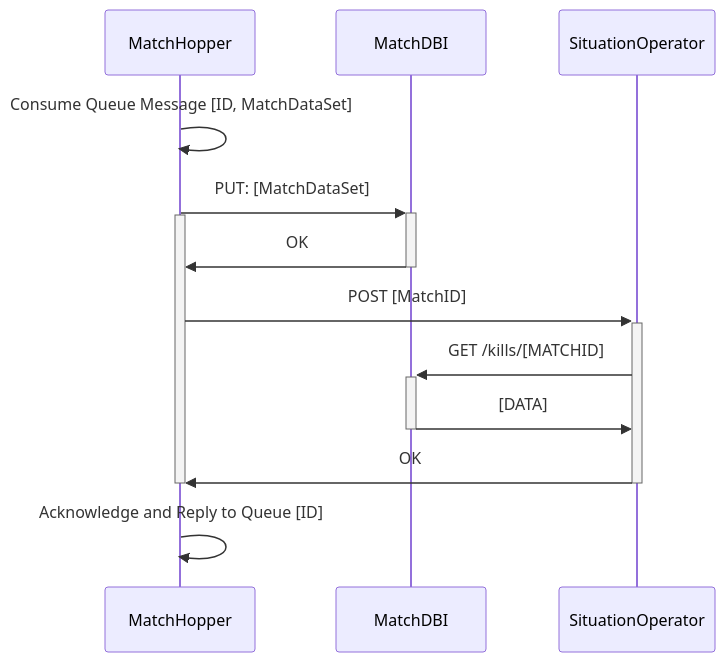
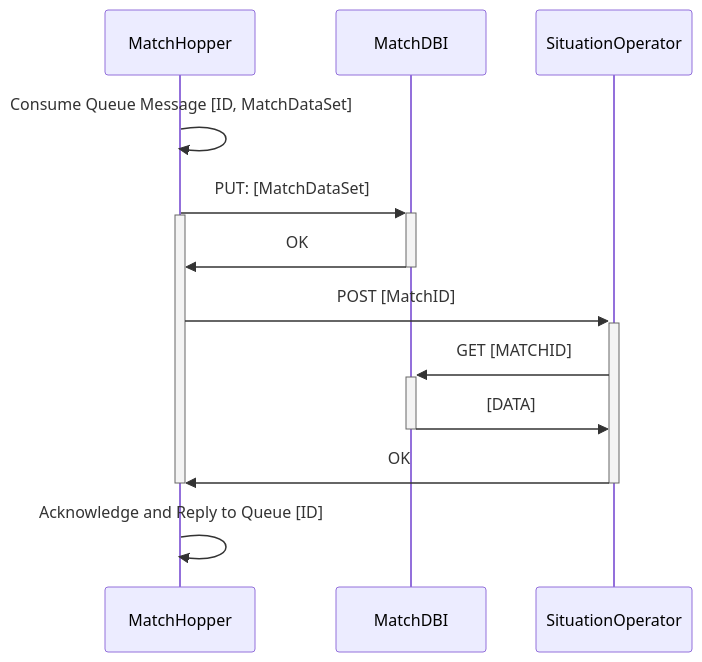
Before and after one commit to KieronKretschmar/MentorGG_ArchitectureDocumentation: the third of 3 diagrams in Matches.md, drawn with Mermaid.

Commit message:
Apply suggestion to Matches.md

````diff
--- a/Matches.md
+++ b/Matches.md
@@ -81,18 +81,18 @@
 ```mermaid
 sequenceDiagram
     participant MH as MatchHopper
     participant MDBI as MatchDBI
     participant SO as SituationOperator
     
     MH->>MH: Consume Queue Message [ID, MatchDataSet]
     MH->>+MDBI: PUT: [MatchDataSet]
     activate MH
     MDBI->>-MH: OK
     MH->>+SO: POST [MatchID]
-    SO->>+MDBI: GET /kills/[MATCHID]
+    SO->>+MDBI: GET [MATCHID]
     MDBI->>-SO: [DATA]
     SO->>-MH: OK
     deactivate MH
     MH->>MH: Acknowledge and Reply to Queue [ID]
 
 ```
````
